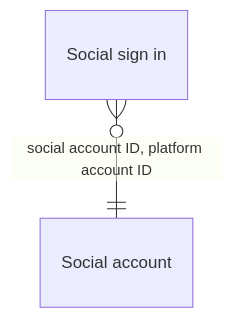
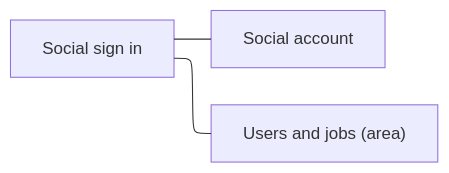
The second of 2 diagrams in docs/database/tables/viewpoint-social-accounts.md (DoctorCRE/doctorcre-engine), drawn with Mermaid before and after one commit. The commit also changed other lines of this file and 153 other files, not shown here.

````diff
--- a/docs/database/tables/viewpoint-social-accounts.md
+++ b/docs/database/tables/viewpoint-social-accounts.md
@@ -3,13 +28,14 @@
 ```mermaid
 ---
 config:
   layout: elk
-  er:
-    nodeSpacing: 22
-    rankSpacing: 44
+  flowchart:
+    htmlLabels: false
 ---
-erDiagram
-  "Social account"
-  "Social sign in"
-  "Social sign in" }o--|| "Social account" : "social account ID, platform account ID"
+flowchart LR
+  center["Social sign in"]
+  n0["Social account"]
+  center --- n0
+  n1["Users and jobs (area)"]
+  center --- n1
 ```
````
